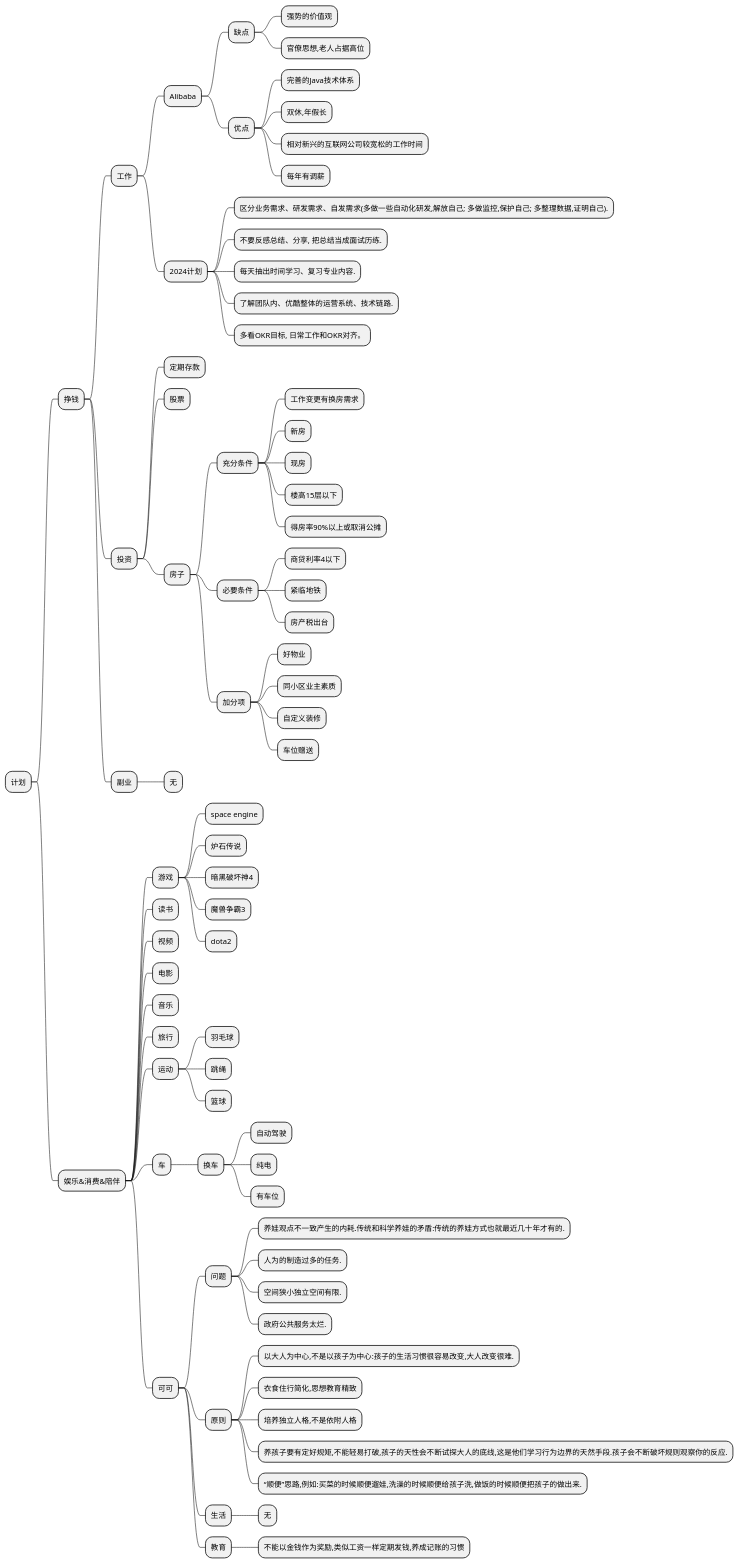
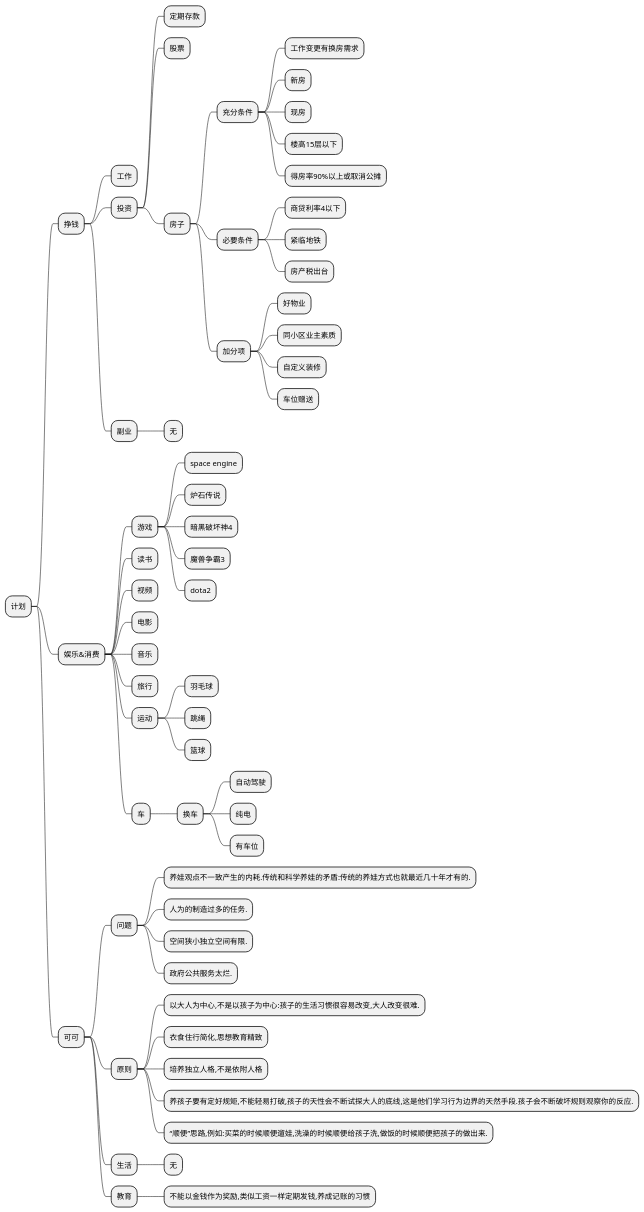
Before and after one commit to Huang2070/alpha-centauri-c: the diagram in 计划.plantuml, drawn with PlantUML. The commit also changed 2 other files, not shown here.

```diff
--- a/计划.plantuml
+++ b/计划.plantuml
@@ -1,101 +1,83 @@
 @startmindmap 规划
 
 * 计划
 
 ** 挣钱
 
 *** 工作
-
-**** Alibaba
-***** 缺点
-****** 强势的价值观
-****** 官僚思想,老人占据高位
-***** 优点
-****** 完善的Java技术体系
-****** 双休,年假长
-****** 相对新兴的互联网公司较宽松的工作时间
-****** 每年有调薪
-
-**** 2024计划
-***** 区分业务需求、研发需求、自发需求(多做一些自动化研发,解放自己; 多做监控,保护自己; 多整理数据,证明自己).
-***** 不要反感总结、分享, 把总结当成面试历练.
-***** 每天抽出时间学习、复习专业内容.
-***** 了解团队内、优酷整体的运营系统、技术链路.
-***** 多看OKR目标, 日常工作和OKR对齐。
-
 
 *** 投资
 **** 定期存款
 **** 股票
 **** 房子
 ***** 充分条件
 ****** 工作变更有换房需求
 ****** 新房
 ****** 现房
 ****** 楼高15层以下
 ****** 得房率90%以上或取消公摊
 
 ***** 必要条件
 ****** 商贷利率4以下
 ****** 紧临地铁
 ****** 房产税出台
 
 ***** 加分项
 ****** 好物业
 ****** 同小区业主素质
 ****** 自定义装修
 ****** 车位赠送
 
 *** 副业
 **** 无
 
 
 
-** 娱乐&消费&陪伴
+** 娱乐&消费
 *** 游戏
 **** space engine
 **** 炉石传说
 **** 暗黑破坏神4
 **** 魔兽争霸3
 **** dota2
 
 *** 读书
 *** 视频
 *** 电影
 *** 音乐
 *** 旅行
 *** 运动
 **** 羽毛球
 **** 跳绳
 **** 篮球
 
 *** 车
 **** 换车
 ***** 自动驾驶
 ***** 纯电
 ***** 有车位
 
 
-*** 可可
-**** 问题
-***** 养娃观点不一致产生的内耗.传统和科学养娃的矛盾:传统的养娃方式也就最近几十年才有的.
-***** 人为的制造过多的任务.
-***** 空间狭小独立空间有限.
-***** 政府公共服务太烂.
+** 可可
+*** 问题
+**** 养娃观点不一致产生的内耗.传统和科学养娃的矛盾:传统的养娃方式也就最近几十年才有的.
+**** 人为的制造过多的任务.
+**** 空间狭小独立空间有限.
+**** 政府公共服务太烂.
 
-**** 原则
-***** 以大人为中心,不是以孩子为中心:孩子的生活习惯很容易改变,大人改变很难.
-***** 衣食住行简化,思想教育精致
-***** 培养独立人格,不是依附人格
-***** 养孩子要有定好规矩,不能轻易打破,孩子的天性会不断试探大人的底线,这是他们学习行为边界的天然手段.孩子会不断破坏规则观察你的反应.
-***** “顺便”思路,例如:买菜的时候顺便遛娃,洗澡的时候顺便给孩子洗,做饭的时候顺便把孩子的做出来.
+*** 原则
+**** 以大人为中心,不是以孩子为中心:孩子的生活习惯很容易改变,大人改变很难.
+**** 衣食住行简化,思想教育精致
+**** 培养独立人格,不是依附人格
+**** 养孩子要有定好规矩,不能轻易打破,孩子的天性会不断试探大人的底线,这是他们学习行为边界的天然手段.孩子会不断破坏规则观察你的反应.
+**** “顺便”思路,例如:买菜的时候顺便遛娃,洗澡的时候顺便给孩子洗,做饭的时候顺便把孩子的做出来.
 
-**** 生活
-***** 无
+*** 生活
+**** 无
 
-**** 教育
-***** 不能以金钱作为奖励,类似工资一样定期发钱,养成记账的习惯
+*** 教育
+**** 不能以金钱作为奖励,类似工资一样定期发钱,养成记账的习惯
 
 
 
 @endmindmap
```
